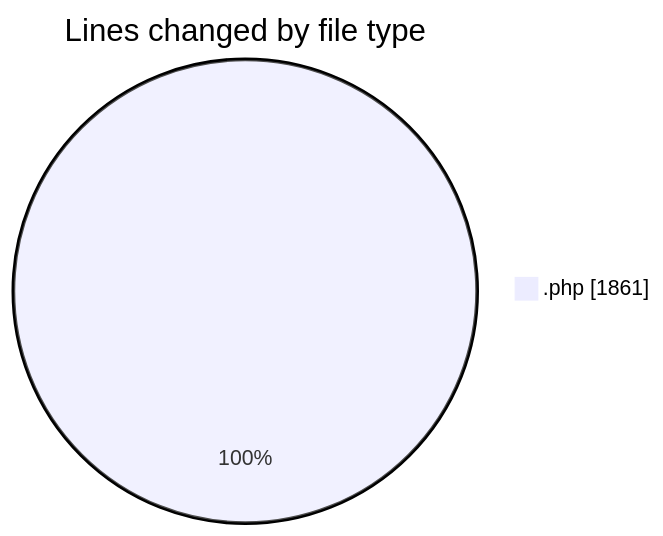
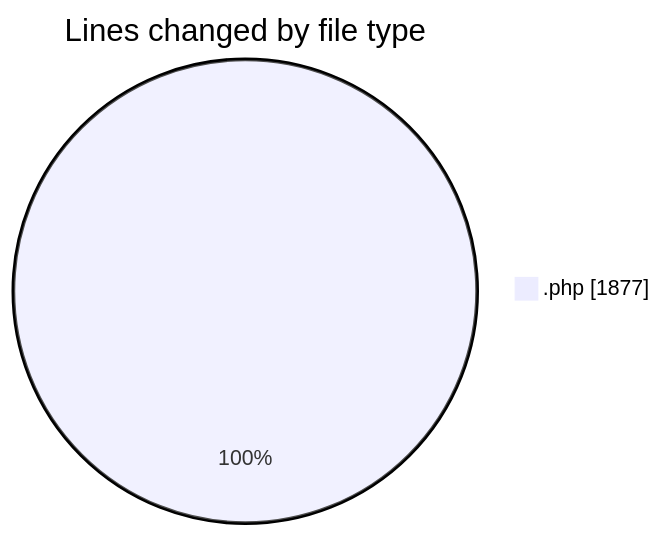
One commit to debugP/code-tracking changed the first of 2 diagrams in 2025-10-02/untitled__workspace_/README.md. Above: the diagram before and after it, drawn with Mermaid. The commit also changed other lines of this file and 1 other file, not shown here.

````diff
--- a/2025-10-02/untitled__workspace_/README.md
+++ b/2025-10-02/untitled__workspace_/README.md
@@ -21,5 +21,5 @@
 ```mermaid
 pie showData
 title Lines changed by file type
-".php" : 1861
+".php" : 1877
 ```
````
